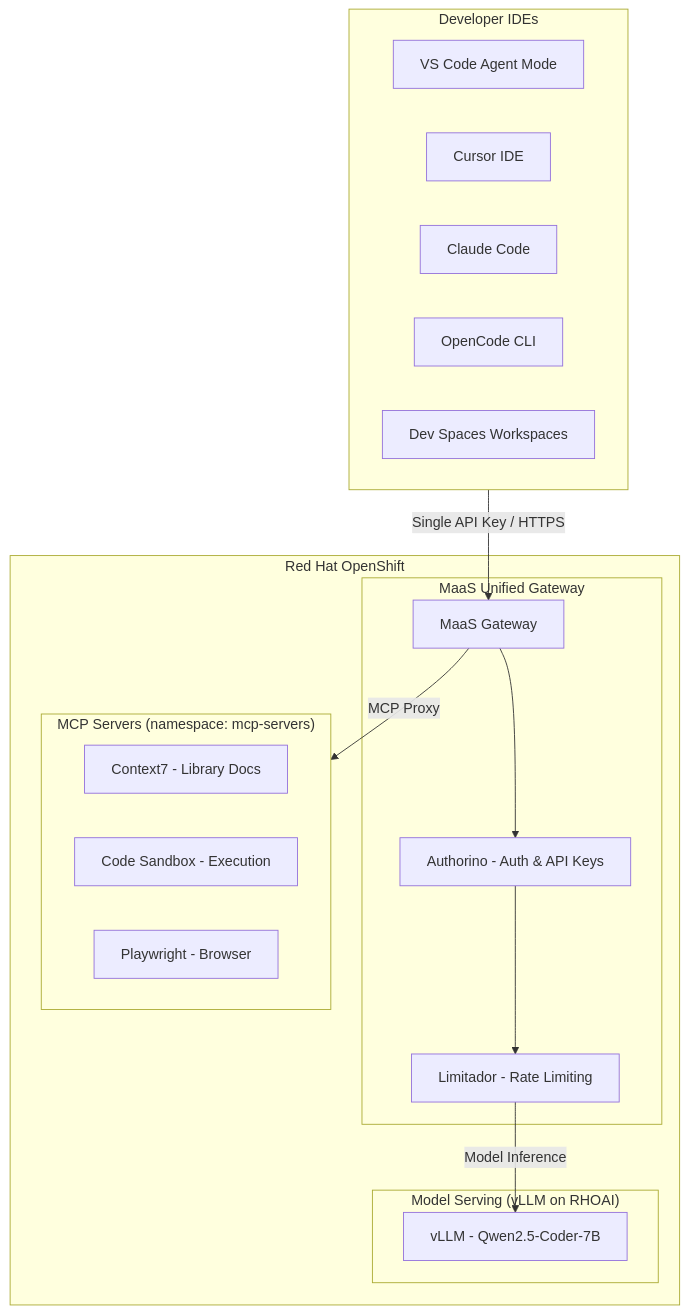
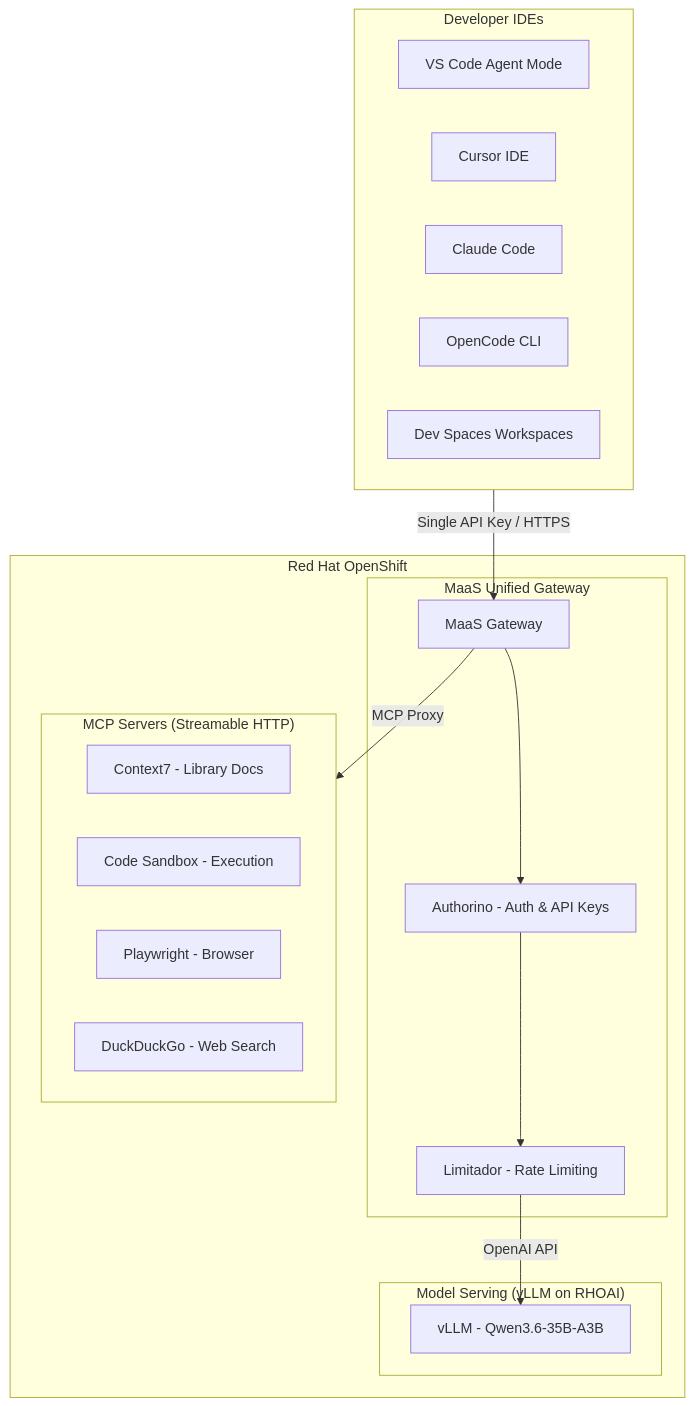
Before and after one commit to hyogrin/rhoai-coding-assistant-lab: the first of 2 diagrams in README.md, drawn with Mermaid. The commit also changed other lines of this file and 8 other files, not shown here.

Commit message:
add DuckDuckGo MCP server

````diff
--- a/README.md
+++ b/README.md
@@ -7,34 +7,35 @@
 ```mermaid
 flowchart TB
     subgraph IDE["Developer IDEs"]
         VSCode[VS Code Agent Mode]
         Cursor[Cursor IDE]
         ClaudeCode[Claude Code]
         OpenCode[OpenCode CLI]
         DevSpaces[Dev Spaces Workspaces]
     end
 
     subgraph OCP["Red Hat OpenShift"]
         subgraph MaaS["MaaS Unified Gateway"]
             Gateway[MaaS Gateway]
             Auth[Authorino - Auth & API Keys]
             RateLimit[Limitador - Rate Limiting]
         end
 
-        subgraph MCP["MCP Servers (namespace: mcp-servers)"]
+        subgraph MCP["MCP Servers (Streamable HTTP)"]
             Context7[Context7 - Library Docs]
             CodeSandbox[Code Sandbox - Execution]
             Playwright[Playwright - Browser]
+            DuckDuckGo[DuckDuckGo - Web Search]
         end
 
         subgraph Inference["Model Serving (vLLM on RHOAI)"]
-            vLLM1[vLLM - Qwen2.5-Coder-7B]
+            vLLM1[vLLM - Qwen3.6-35B-A3B]
         end
     end
 
     IDE -->|Single API Key / HTTPS| Gateway
     Gateway --> Auth
     Auth --> RateLimit
-    RateLimit -->|Model Inference| vLLM1
+    RateLimit -->|OpenAI API| vLLM1
     Gateway -->|MCP Proxy| MCP
 ```
````
